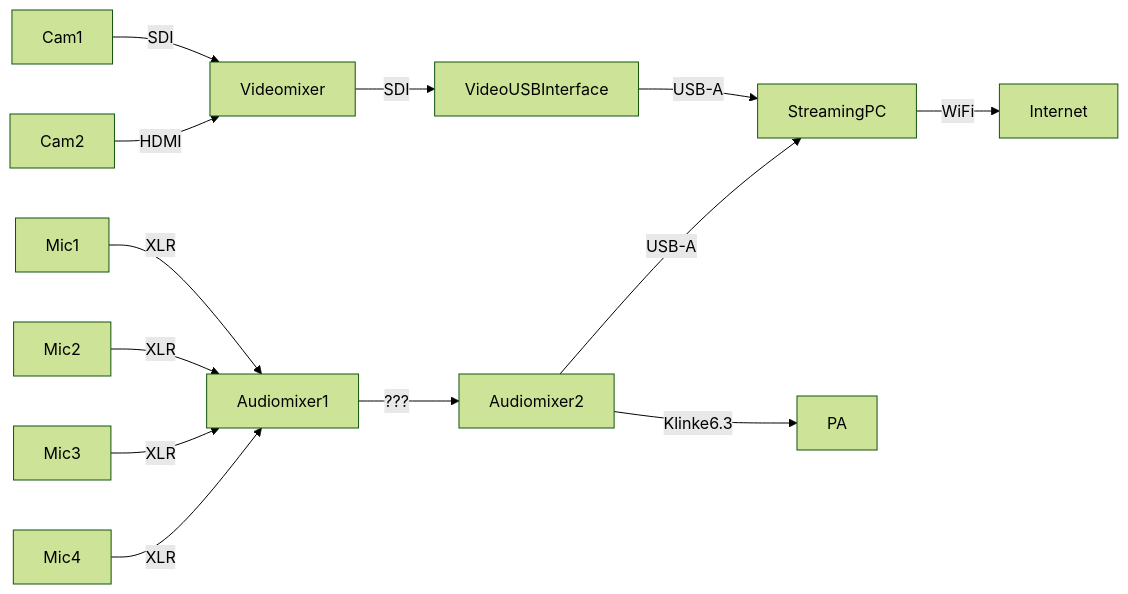
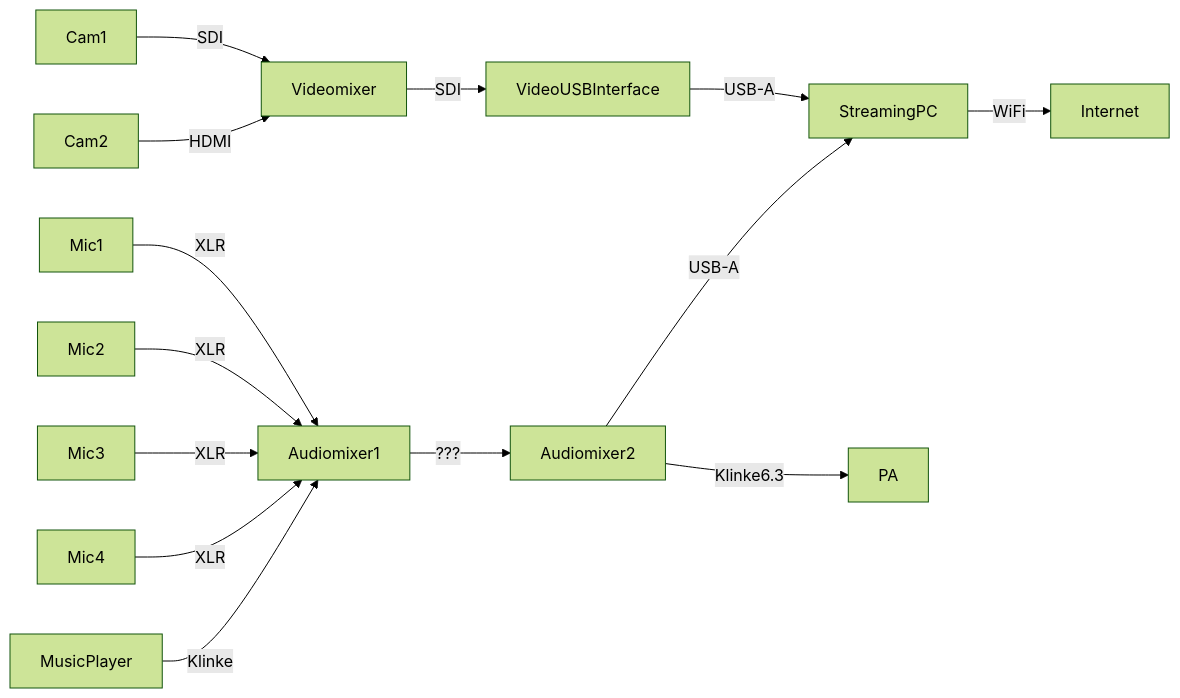
Before and after one commit to cogneon/digital-asset-pool: the diagram in audibc23/Readme.md, drawn with Mermaid (forest theme).

````diff
--- a/audibc23/Readme.md
+++ b/audibc23/Readme.md
@@ -6,15 +6,16 @@
 ```mermaid
 graph LR;
     Cam1-->|SDI|Videomixer;
     Cam2-->|HDMI|Videomixer;
     Mic1-->|XLR|Audiomixer1;
     Mic2-->|XLR|Audiomixer1;
     Mic3-->|XLR|Audiomixer1;
     Mic4-->|XLR|Audiomixer1;
+    MusicPlayer-->|Klinke|Audiomixer1;
     Videomixer-->|SDI|VideoUSBInterface;
     VideoUSBInterface-->|USB-A|StreamingPC;
     Audiomixer1-->|???|Audiomixer2
     Audiomixer2-->|USB-A|StreamingPC;
     Audiomixer2-->|Klinke6.3|PA;
     StreamingPC-->|WiFi|Internet;
 ```
````
